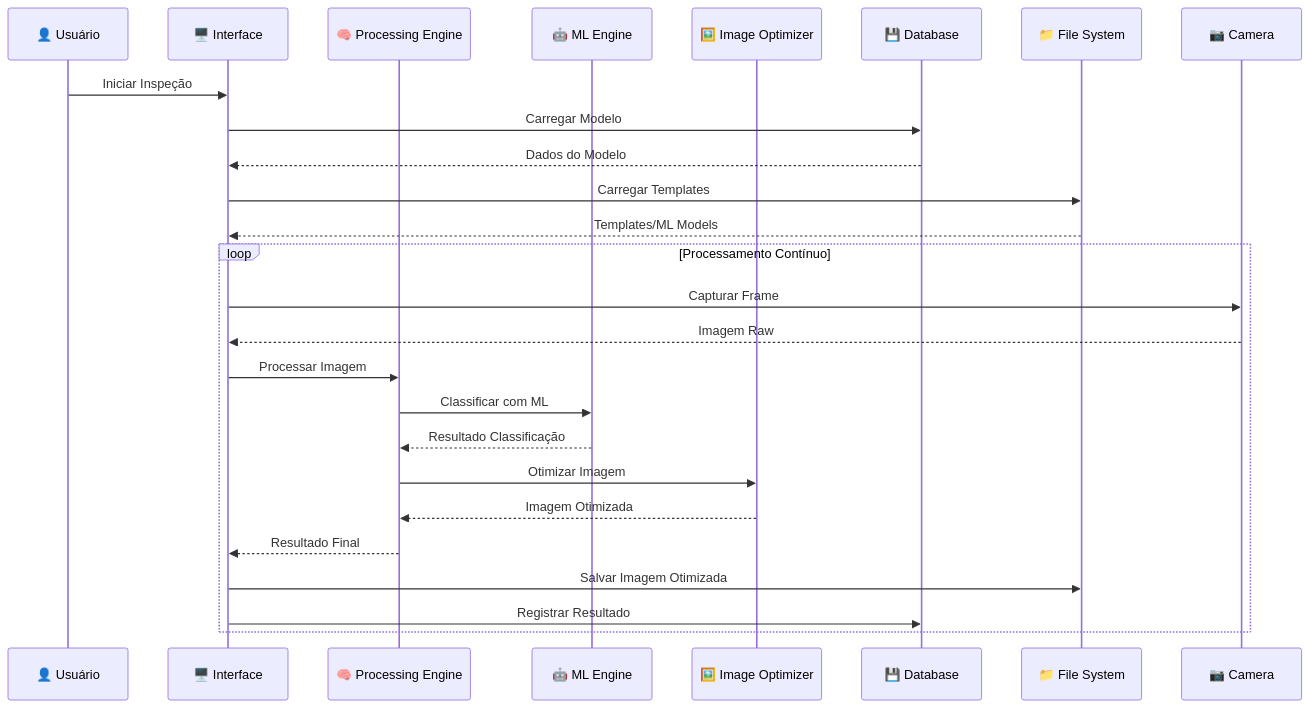
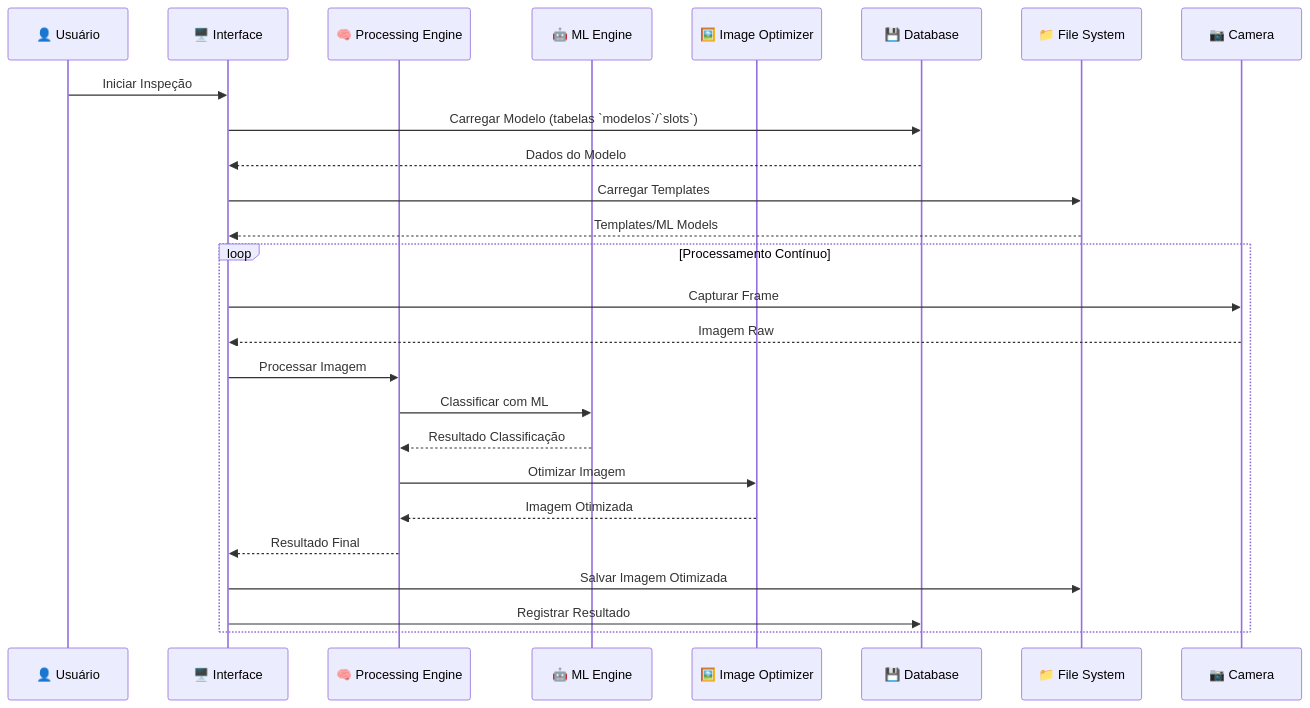
The second of 2 diagrams in DOCUMENTACAO_TECNICA.md (walterrvf/DX-Project-Cursor-), drawn with Mermaid before and after one commit. The commit also changed other lines of this file and 3 other files, not shown here.

````diff
--- a/DOCUMENTACAO_TECNICA.md
+++ b/DOCUMENTACAO_TECNICA.md
@@ -89,30 +89,30 @@
 ```mermaid
 sequenceDiagram
     participant U as 👤 Usuário
     participant UI as 🖥️ Interface
     participant PE as 🧠 Processing Engine
     participant ML as 🤖 ML Engine
     participant IO as 🖼️ Image Optimizer
     participant DB as 💾 Database
     participant FS as 📁 File System
     participant CAM as 📷 Camera
     
     U->>UI: Iniciar Inspeção
-    UI->>DB: Carregar Modelo
+     UI->>DB: Carregar Modelo (tabelas `modelos`/`slots`)
     DB-->>UI: Dados do Modelo
     UI->>FS: Carregar Templates
     FS-->>UI: Templates/ML Models
     
     loop Processamento Contínuo
         UI->>CAM: Capturar Frame
         CAM-->>UI: Imagem Raw
         UI->>PE: Processar Imagem
         PE->>ML: Classificar com ML
         ML-->>PE: Resultado Classificação
         PE->>IO: Otimizar Imagem
         IO-->>PE: Imagem Otimizada
         PE-->>UI: Resultado Final
         UI->>FS: Salvar Imagem Otimizada
         UI->>DB: Registrar Resultado
     end
 ```
````
